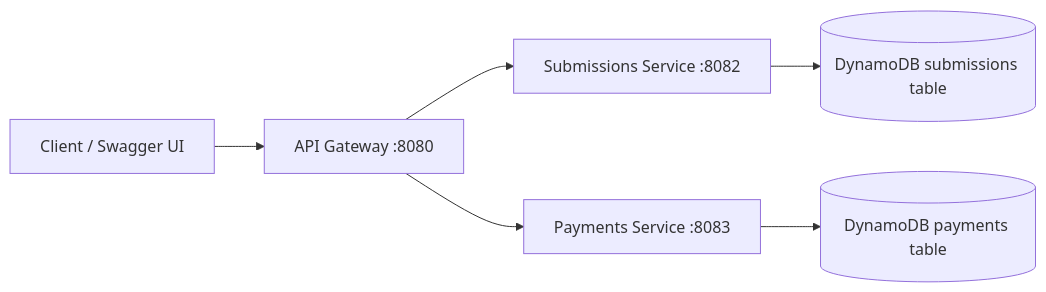
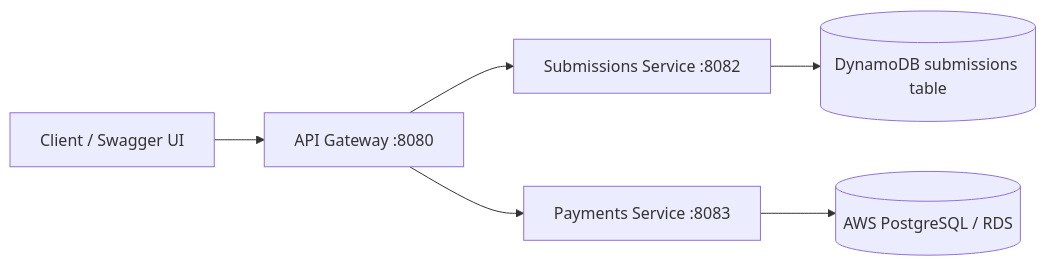
Before and after one commit to francoj22/laundryhub: the diagram in README.md, drawn with Mermaid. The commit also changed other lines of this file and 61 other files, not shown here.

````diff
--- a/README.md
+++ b/README.md
@@ -12,8 +12,8 @@
 ```mermaid
 flowchart LR
     UI[Client / Swagger UI] --> GW[API Gateway :8080]
     GW --> SUB[Submissions Service :8082]
     GW --> PAY[Payments Service :8083]
   SUB --> DDBS[(DynamoDB submissions table)]
-  PAY --> DDBP[(DynamoDB payments table)]
+  PAY --> RDS[(AWS PostgreSQL / RDS)]
 ```
````
